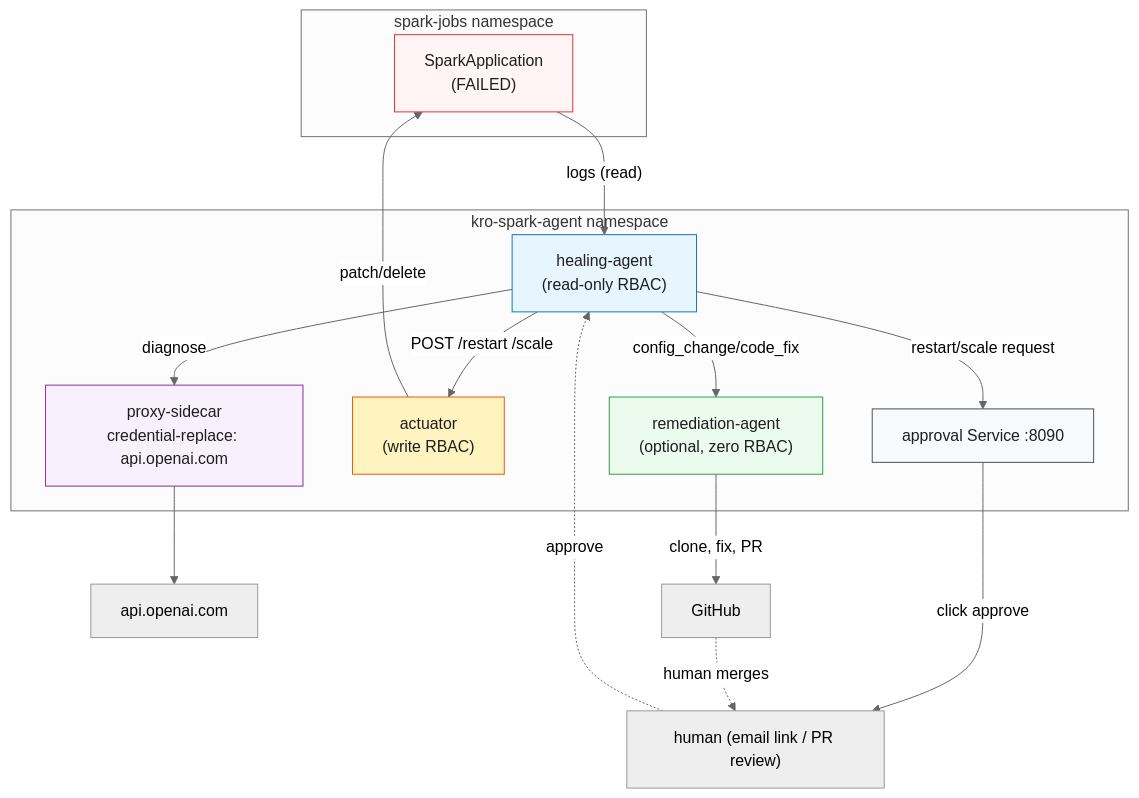
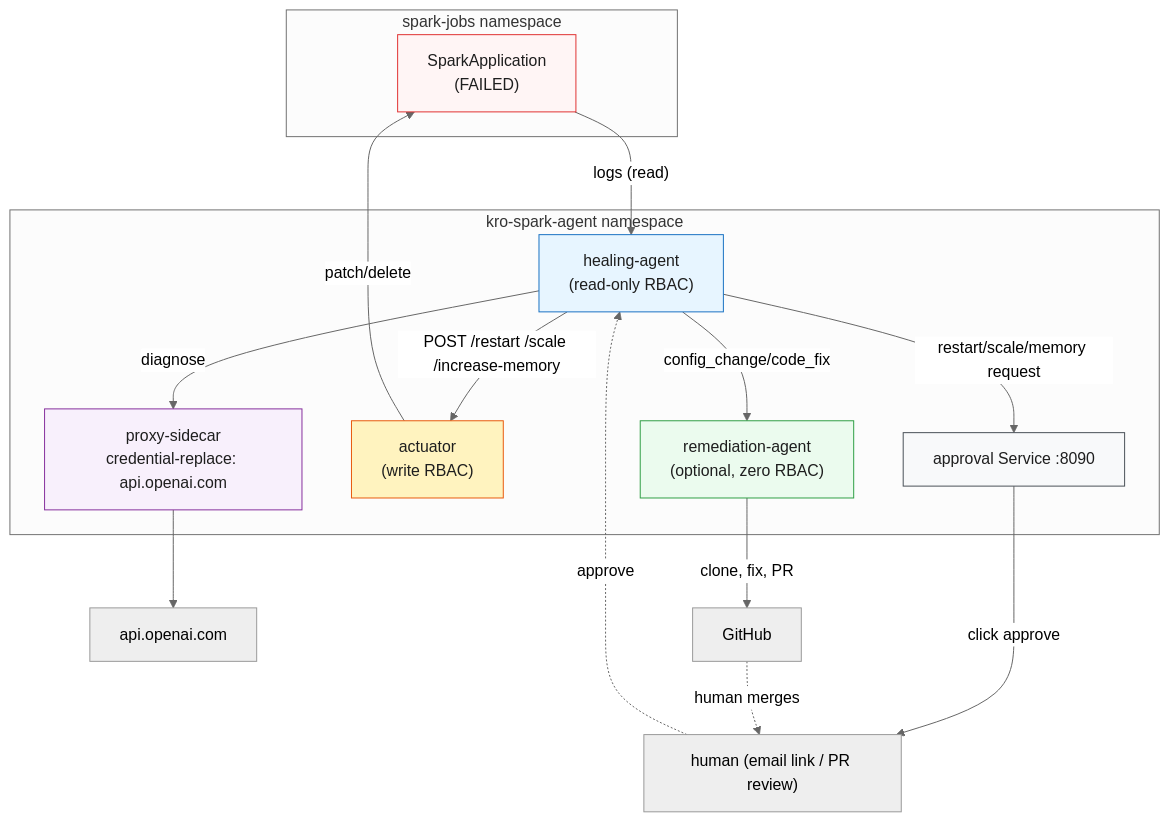
One commit to tarun-stack/kro-spark-agent changed the diagram in kro-spark-agent/README.md. Above: the diagram before and after it, drawn with Mermaid (neutral theme). The commit also changed other lines of this file and 3 other files, not shown here.

First line of the commit message:
feat(kro-spark-agent): add increase_memory healing action

````diff
--- a/kro-spark-agent/README.md
+++ b/kro-spark-agent/README.md
@@ -24,36 +25,36 @@
 ```mermaid
 flowchart TD
     subgraph sj["spark-jobs namespace"]
         spark["SparkApplication\n(FAILED)"]
     end
 
     subgraph ns["kro-spark-agent namespace"]
         healer["healing-agent\n(read-only RBAC)"]
         proxy["proxy-sidecar\ncredential-replace: api.openai.com"]
         actuator["actuator\n(write RBAC)"]
         remediation["remediation-agent\n(optional, zero RBAC)"]
         approvalSvc["approval Service :8090"]
     end
 
     human["human (email link / PR review)"]
     openai["api.openai.com"]
     github["GitHub"]
 
     spark -- "logs (read)" --> healer
     healer -- "diagnose" --> proxy --> openai
-    healer -- "restart/scale request" --> approvalSvc
+    healer -- "restart/scale/memory request" --> approvalSvc
     approvalSvc -- "click approve" --> human
     human -. "approve" .-> healer
-    healer -- "POST /restart /scale" --> actuator
+    healer -- "POST /restart /scale /increase-memory" --> actuator
     actuator -- "patch/delete" --> spark
     healer -- "config_change/code_fix" --> remediation
     remediation -- "clone, fix, PR" --> github
     github -. "human merges" .-> human
 
     style spark fill:#fff5f5,stroke:#e03131,color:#1e1e1e
     style healer fill:#e7f5ff,stroke:#1971c2,color:#1e1e1e
     style proxy fill:#f8f0fc,stroke:#862e9c,color:#1e1e1e
     style actuator fill:#fff3bf,stroke:#e8590c,color:#1e1e1e
     style remediation fill:#ebfbee,stroke:#2f9e44,color:#1e1e1e
     style approvalSvc fill:#f8f9fa,stroke:#495057,color:#1e1e1e
 ```
````
